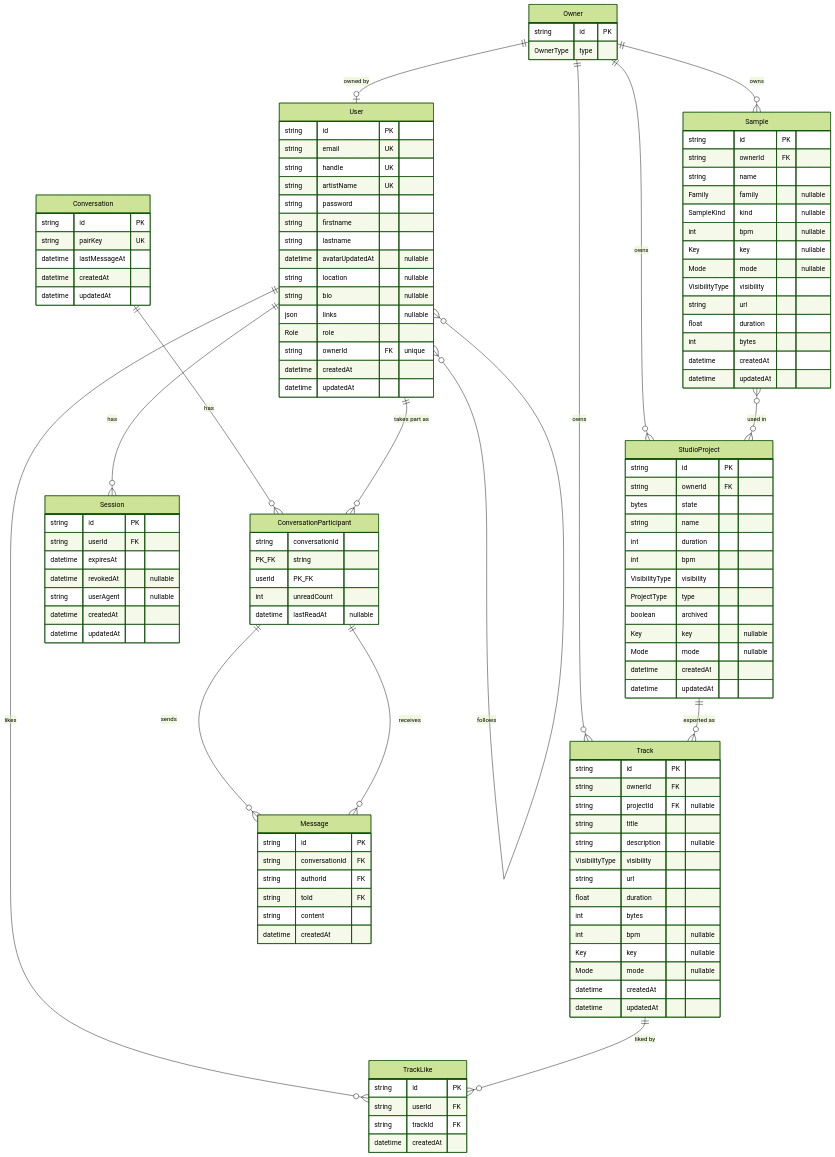
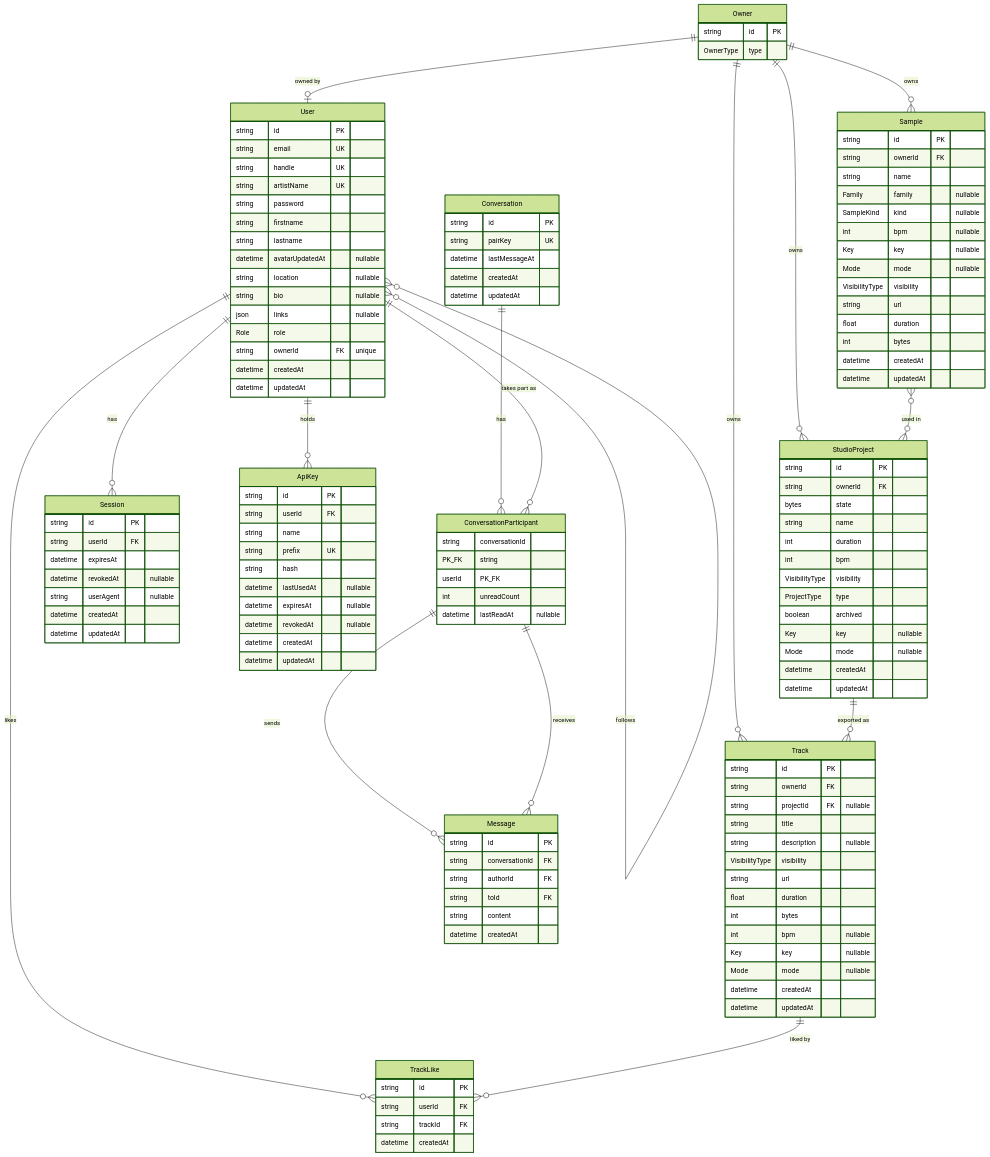
The diagram in README.md (AlexisFaugeroux/42-transcendence), drawn with Mermaid (forest theme) before and after one commit. The commit also changed other lines of this file and 4 other files, not shown here.

```diff
--- a/README.md
+++ b/README.md
@@ -231,6 +231,18 @@
     datetime createdAt
     datetime updatedAt
   }
+  ApiKey {
+    string id PK
+    string userId FK
+    string name
+    string prefix UK
+    string hash
+    datetime lastUsedAt "nullable"
+    datetime expiresAt "nullable"
+    datetime revokedAt "nullable"
+    datetime createdAt
+    datetime updatedAt
+  }
   TrackLike {
     string id PK
     string userId FK
@@ -264,6 +276,7 @@
   Owner ||--o{ Track : owns
   Owner ||--o{ StudioProject : owns
   User  ||--o{ Session : has
+  User  ||--o{ ApiKey : holds
   User  }o--o{ User : follows
   Sample }o--o{ StudioProject : "used in"
   StudioProject ||--o{ Track : "exported as"
```
